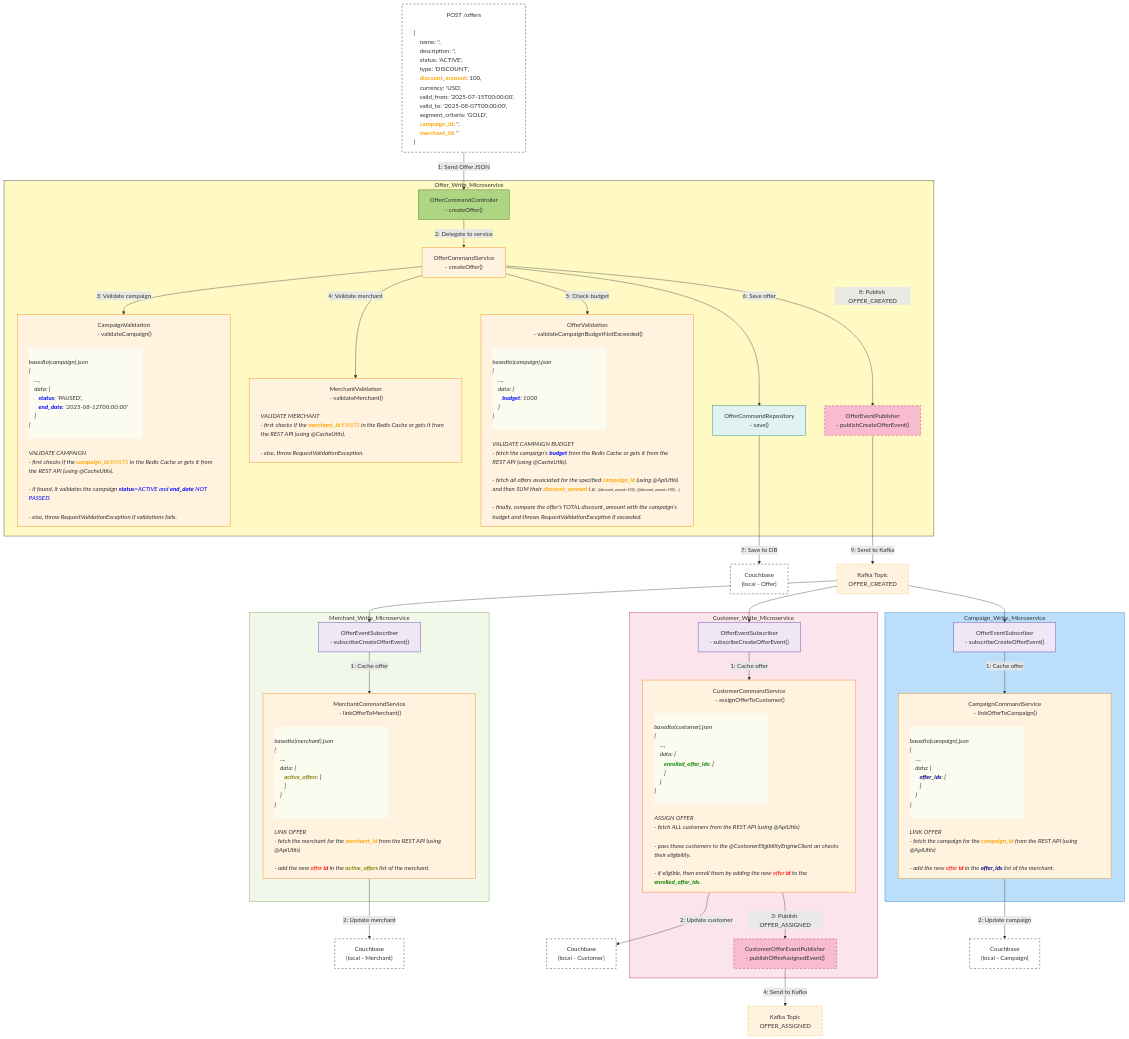
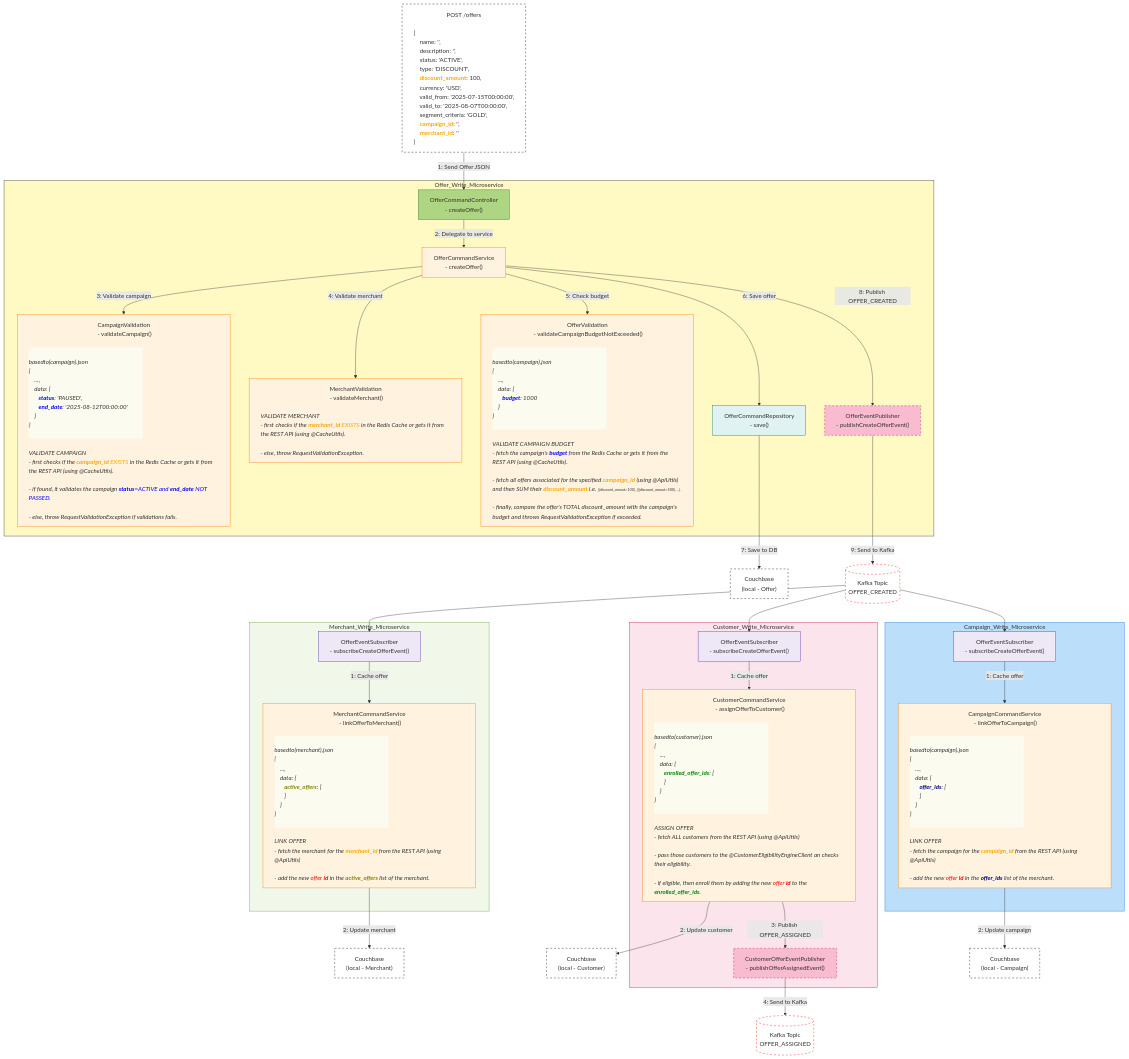
The diagram in _readme_assets/offer_create.mmd (aakashkumar1980/apps-microservices), drawn with Mermaid before and after one commit.

Commit message:
code refactor

```diff
--- a/_readme_assets/offer_create.mmd
+++ b/_readme_assets/offer_create.mmd
@@ -1,197 +1,197 @@
 %%{ init: { "flowchart": { "htmlLabels": true, "wrappingWidth": 500 } } }%%
 flowchart TD
 
 %% REST Client
     POSTMAN["POST /offers
     <div style='text-align: left'>
 {
 #emsp; name: '',
 #emsp; description: '',
 #emsp; status: 'ACTIVE',
 #emsp; type: 'DISCOUNT',
 #emsp; <font color=orange><b> discount_amount</b></font>: 100,
 #emsp; currency: 'USD',
 #emsp; valid_from: '2025-07-15T00:00:00',
 #emsp; valid_to: '2025-08-07T00:00:00',
 #emsp; segment_criteria: 'GOLD',
 #emsp; <font color=orange><b>campaign_id</b></font>: '',
 #emsp; <font color=orange><b>merchant_id</b></font>: ''
 }
 </div>
 "]:::external
 
 %% Offer Write Microservice
 subgraph Offer_Write_Microservice
 style Offer_Write_Microservice fill:#FFF9C4,stroke:#333,stroke-width:1px
 
 OCC["OfferCommandController<br> - createOffer()"]:::controller
 OCS["OfferCommandService<br> - createOffer()"]:::service
 
 CV["CampaignValidation<br> - validateCampaign()
 <div style='text-align:left; font-style: italic;'>
 <div style='background-color:rgb(252, 251, 240); width:300px;'>
 basedto(campaign).json
 {
 #emsp; ...,
 #emsp; data: {
 #emsp;#emsp; <font color=blue><b>status</b></font>: 'PAUSED',
 #emsp;#emsp; <font color=blue><b>end_date</b></font>: '2025-08-12T00:00:00'
 #emsp; }
 }<br>
 </div>
 VALIDATE CAMPAIGN
 - first checks if the <font color=orange><b>campaign_id</b> EXISTS</font> in the Redis Cache or gets it from the REST API (using @CacheUtils).<br>
 - if found, it validates the campaign <font color=blue><b>status</b>=ACTIVE and <b>end_date</b> NOT PASSED</font>.<br>
 - else, throw RequestValidationException if validations fails.
 </div>
 "]:::service
 
 MV["MerchantValidation<br> - validateMerchant()
 <div style='text-align:left; font-style: italic;'>
 VALIDATE MERCHANT
 - first checks if the <font color=orange><b>merchant_id</b> EXISTS</font> in the Redis Cache or gets it from the REST API (using @CacheUtils).<br>
 - else, throw RequestValidationException.
 </div>
 "]:::service
 
 OV["OfferValidation<br> - validateCampaignBudgetNotExceeded()
 <div style='text-align:left; font-style: italic;'>
 <div style='background-color:rgb(252, 251, 240); width:300px;'>
 basedto(campaign).json
 {
 #emsp; ...,
 #emsp; data: {
 #emsp;#emsp; <font color=blue><b>budget</b></font>: 1000
 #emsp; }
 }<br>
 </div>
 VALIDATE CAMPAIGN BUDGET
 - fetch the campaign's <font color=blue><b>budget</b></font> from the Redis Cache or gets it from the REST API (using @CacheUtils).<br>
 - fetch all offers associated for the specified <font color=orange><b>campaign_id</b></font> (using @ApiUtils) and then SUM their <font color=orange><b>discount_amount</b></font> i.e. <font size=1.5em>[{discount_amout=100}, {[{discount_amout=500}, ..].</font><br>
 - finally, compare the offer's TOTAL discount_amount with the campaign's budget and throws RequestValidationException if exceeded.
 </div>
 "]:::service
 
 OCR["OfferCommandRepository<br> - save()"]:::repository
 OEP["OfferEventPublisher<br> - publishCreateOfferEvent()"]:::event
 end
 
 %% Merchant Subscriber
 subgraph Merchant_Write_Microservice
 style Merchant_Write_Microservice fill:#F1F8E9,stroke:#689F38,stroke-width:1px
 
 MES["OfferEventSubscriber<br> - subscribeCreateOfferEvent()"]:::subscriber
 MC["MerchantCommandService<br> - linkOfferToMerchant()
 <div style='text-align:left; font-style: italic;'>
 <div style='background-color:rgb(252, 251, 240); width:300px;'>
 basedto(merchant).json
 {
 #emsp; ...,
 #emsp; data: {
 #emsp;#emsp; <font color=olive><b>active_offers</b></font>: [
 #emsp;#emsp; ]
 #emsp; }
 }<br>
 </div>
 LINK OFFER
 - fetch the merchant for the <font color=orange><b>merchant_id</b></font> from the REST API (using @ApiUtils)<br>
 - add the new <font color=red>offer <b>id</b></font> in the <font color=olive><b>active_offers</b></font> list of the merchant.
 </div>
 "]:::service
 end
 
 %% Customer Subscriber
 subgraph Customer_Write_Microservice
 style Customer_Write_Microservice fill:#FCE4EC,stroke:#C2185B,stroke-width:1px
 
 CES["OfferEventSubscriber<br> - subscribeCreateOfferEvent()"]:::subscriber
 
 CC["CustomerCommandService<br> - assignOfferToCustomer()</b>
 <div style='text-align:left; font-style: italic;'>
 <div style='background-color:rgb(252, 251, 240); width:300px;'>
 basedto(customer).json
 {
 #emsp; ...,
 #emsp; data: {
 #emsp;#emsp; <font color=green><b>enrolled_offer_ids</b></font>: [
 #emsp;#emsp; ]
 #emsp; }
 }<br>
 </div>
 ASSIGN OFFER
 - fetch ALL customers from the REST API (using @ApiUtils)<br>
 - pass those customers to the @CustomerEligibilityEngineClient an checks their eligibility.<br>
 - if eligible, then enroll them by adding the new <font color=red>offer <b>id</b></font> to the <font color=green><b>enrolled_offer_ids</b></font>.
 </div>
 "]:::service
 
 CEP["CustomerOfferEventPublisher<br> - publishOfferAssignedEvent()"]:::event
 end
 
 %% Campaign Subscriber
 subgraph Campaign_Write_Microservice
 style Campaign_Write_Microservice fill:#BBDEFB,stroke:#1976D2,stroke-width:1px
 
 CAS["OfferEventSubscriber<br> - subscribeCreateOfferEvent()"]:::subscriber
 CCS["CampaignCommandService<br> - linkOfferToCampaign()
 <div style='text-align:left; font-style:italic;'>
 <div style='background-color:rgb(252, 251, 240); width:300px;'>
 basedto(campaign).json
 {
 #emsp; ...,
 #emsp; data: {
 #emsp;#emsp; <font color=navy><b>offer_ids</b></font>: [
 #emsp;#emsp; ]
 #emsp; }
 }<br>
 </div>
 LINK OFFER
 - fetch the campaign for the <font color=orange><b>campaign_id</b></font> from the REST API (using @ApiUtils)<br>
 - add the new <font color=red>offer <b>id</b></font> in the <font color=navy><b>offer_ids</b></font> list of the merchant.
 </div>
 "]:::service
 end
 
 %% External Systems
 COUCHBASE_OFFER["Couchbase<br>(local - Offer)"]:::external
 COUCHBASE_MERCHANT["Couchbase<br>(local - Merchant)"]:::external
 COUCHBASE_CUSTOMER["Couchbase<br>(local - Customer)"]:::external
 COUCHBASE_CAMPAIGN["Couchbase<br>(local - Campaign)"]:::external
-KAFKA1["Kafka Topic<br>OFFER_CREATED"]:::kafka
-KAFKA2["Kafka Topic<br>OFFER_ASSIGNED"]:::kafka
+KAFKA1[("Kafka Topic<br>OFFER_CREATED")]:::kafka
+KAFKA2[("Kafka Topic<br>OFFER_ASSIGNED")]:::kafka
 
 %% Flow Steps (Main Command Flow)
 POSTMAN -->|1: Send Offer JSON| OCC
 OCC -->|2: Delegate to service| OCS
 OCS -->|3: Validate campaign| CV
 OCS -->|4: Validate merchant| MV
 OCS -->|5: Check budget| OV
 OCS -->|6: Save offer| OCR
 OCR -->|7: Save to DB| COUCHBASE_OFFER
 OCS -->|8: Publish OFFER_CREATED| OEP
 OEP -->|9: Send to Kafka| KAFKA1
 
 %% Subscriptions via Kafka OFFER_CREATED
 KAFKA1 --> MES
 MES -->|1: Cache offer| MC
 MC -->|2: Update merchant| COUCHBASE_MERCHANT
 
 KAFKA1 --> CES
 CES -->|1: Cache offer| CC
 CC -->|2: Update customer| COUCHBASE_CUSTOMER
 CC -->|3: Publish OFFER_ASSIGNED| CEP
 CEP -->|4: Send to Kafka| KAFKA2
 
 KAFKA1 --> CAS
 CAS -->|1: Cache offer| CCS
 CCS -->|2: Update campaign| COUCHBASE_CAMPAIGN
 
 %% Styling
 classDef controller fill:#AED581,stroke:#33691E,stroke-width:1px;
 classDef service fill:#FFF3E0,stroke:#F57C00,stroke-width:1px;
 classDef repository fill:#E0F2F1,stroke:#00796B,stroke-width:1px;
 classDef util fill:#E1BEE7,stroke:#6A1B9A,stroke-width:1px;
 classDef event fill:#F8BBD0,stroke:#AD1457,stroke-width:1px,stroke-dasharray: 5 5;
 classDef subscriber fill:#EDE7F6,stroke:#512DA8,stroke-width:1px;
 classDef external fill:#FFFFFF,stroke:#000,stroke-width:1px,stroke-dasharray: 5 5;
-classDef kafka fill:#FFF3E0,stroke:#FF9800,stroke-width:1px,stroke-dasharray: 5 5;
+classDef kafka fill:#FFFFFF,stroke:red,stroke-width:1px,stroke-dasharray: 5 5;
```
